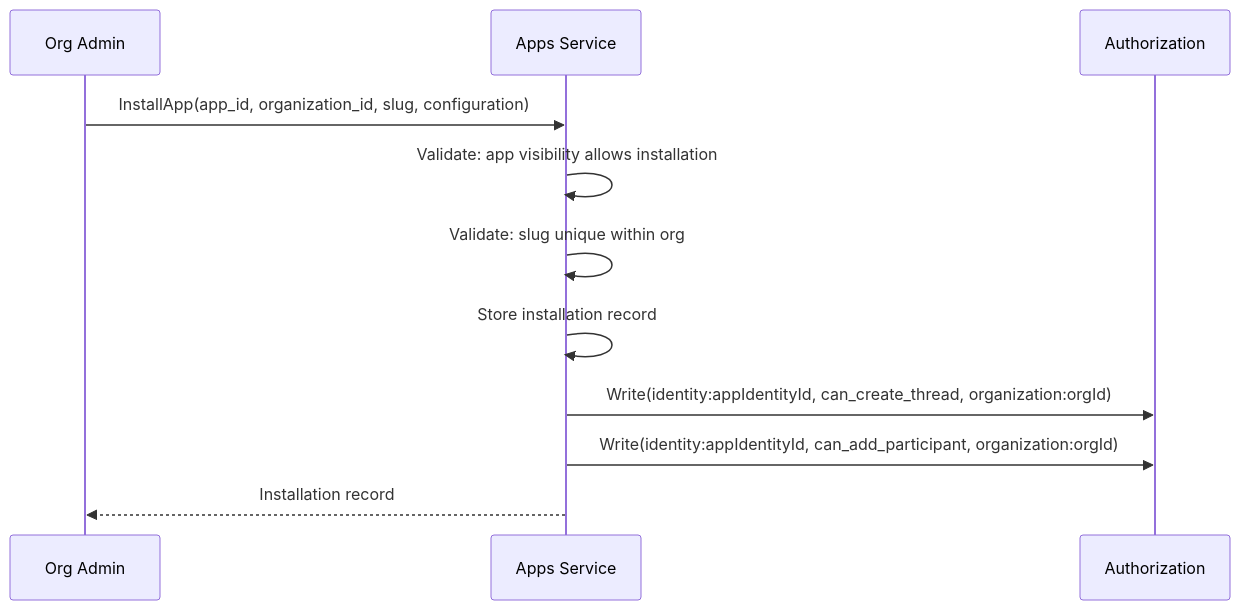
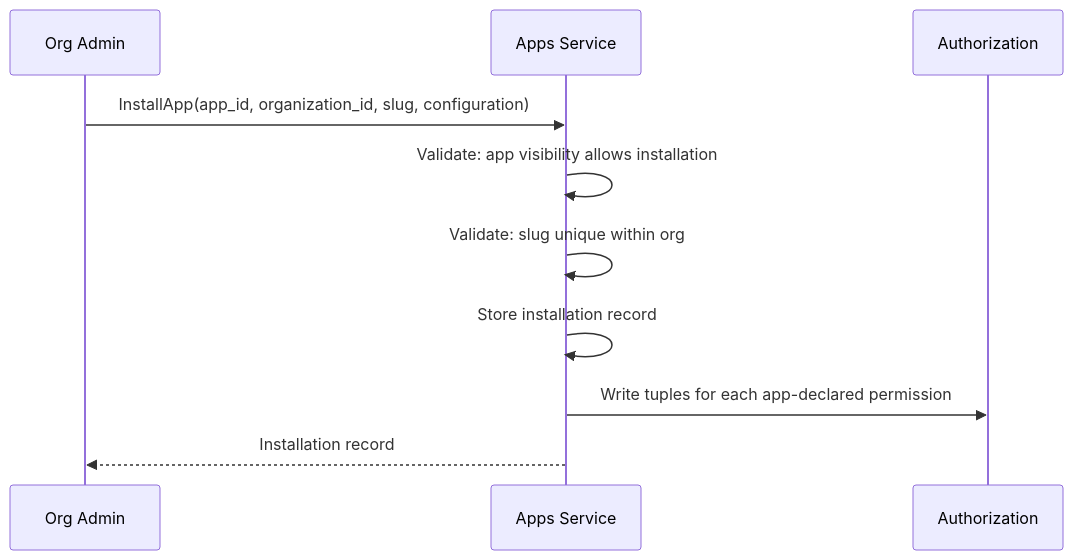
One commit to agynio/architecture changed the second of 3 diagrams in architecture/apps-service.md. Above: the diagram before and after it, drawn with Mermaid. The commit also changed other lines of this file and 2 other files, not shown here.

First line of the commit message:
App declares required permissions from extensible vocabulary

````diff
--- a/architecture/apps-service.md
+++ b/architecture/apps-service.md
@@ -75,14 +76,13 @@
 ```mermaid
 sequenceDiagram
     participant Admin as Org Admin
     participant AS as Apps Service
     participant Auth as Authorization
 
     Admin->>AS: InstallApp(app_id, organization_id, slug, configuration)
     AS->>AS: Validate: app visibility allows installation
     AS->>AS: Validate: slug unique within org
     AS->>AS: Store installation record
-    AS->>Auth: Write(identity:appIdentityId, can_create_thread, organization:orgId)
-    AS->>Auth: Write(identity:appIdentityId, can_add_participant, organization:orgId)
+    AS->>Auth: Write tuples for each app-declared permission
     AS-->>Admin: Installation record
 ```
````
